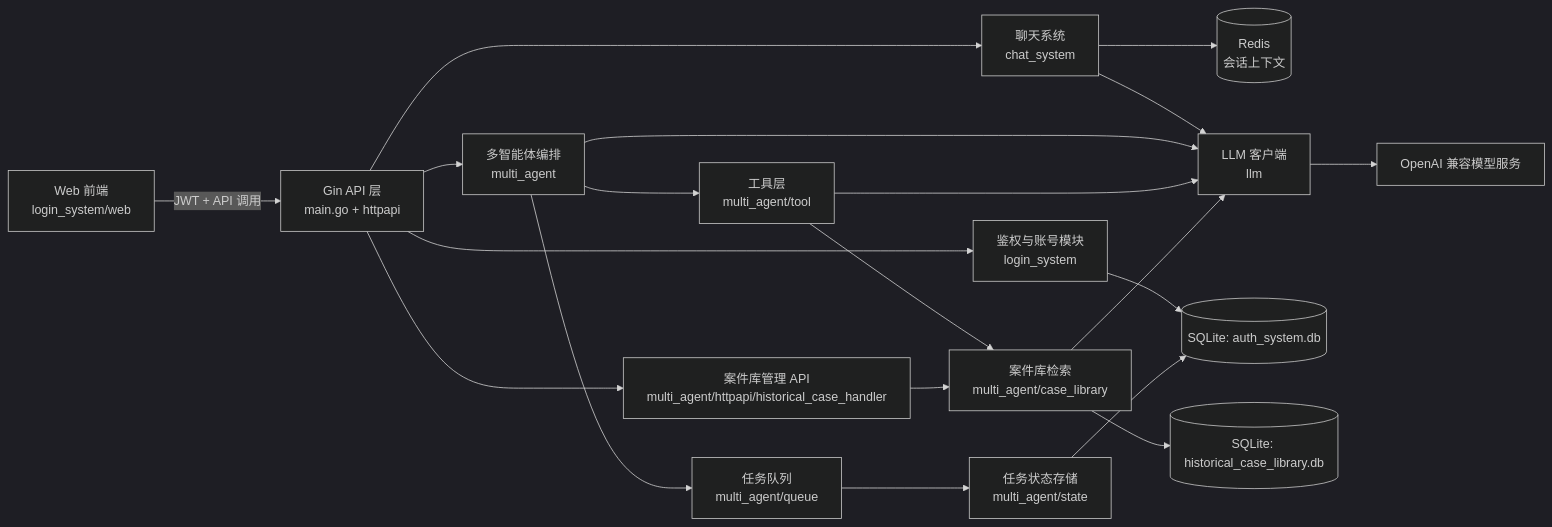
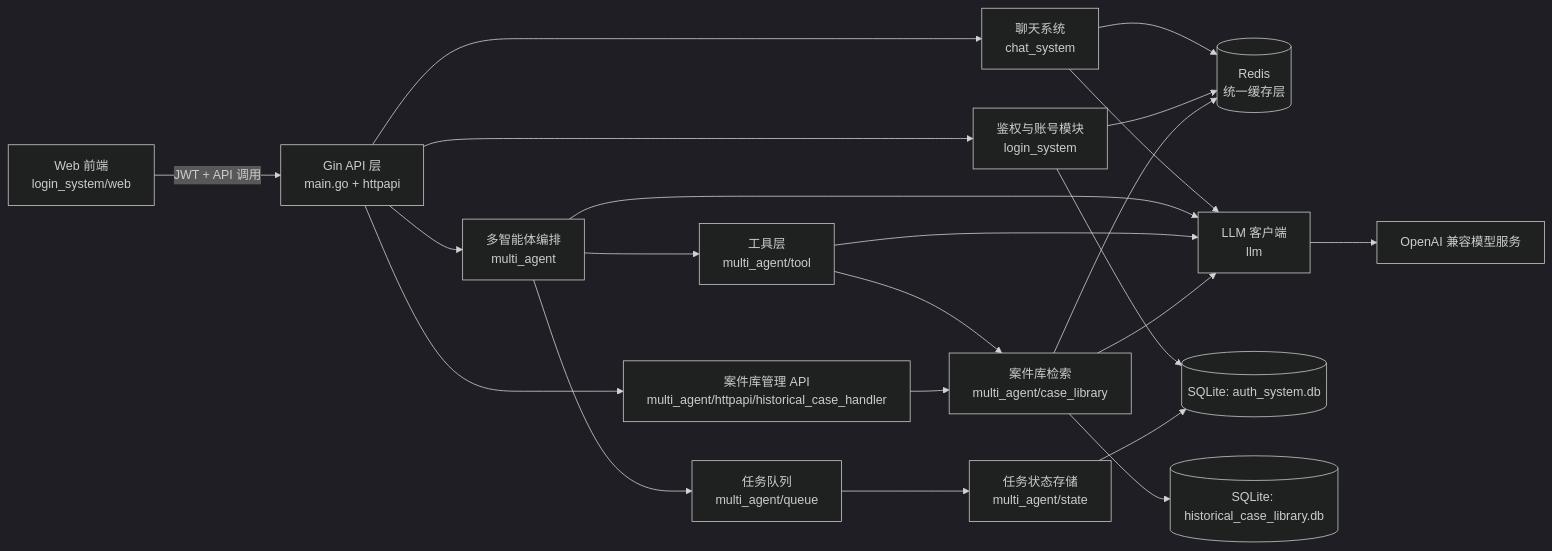
The first of 2 diagrams in README.md (Yyzfddsdf/AntiFraud-AI-Assistant), drawn with Mermaid (dark theme) before and after one commit. The commit also changed other lines of this file and 13 other files, not shown here.

````diff
--- a/README.md
+++ b/README.md
@@ -82,26 +94,28 @@
 ```mermaid
 flowchart LR
     U[Web 前端<br/>login_system/web] -->|JWT + API 调用| G[Gin API 层<br/>main.go + httpapi]
     G --> A[鉴权与账号模块<br/>login_system]
     G --> C[聊天系统<br/>chat_system]
     G --> M[多智能体编排<br/>multi_agent]
     G --> L[案件库管理 API<br/>multi_agent/httpapi/historical_case_handler]
 
-    C --> R[(Redis<br/>会话上下文)]
+    C --> R[(Redis<br/>统一缓存层)]
+    A --> R
     C --> O[LLM 客户端<br/>llm]
 
     M --> Q[任务队列<br/>multi_agent/queue]
     Q --> S[任务状态存储<br/>multi_agent/state]
     M --> T[工具层<br/>multi_agent/tool]
     T --> CL[案件库检索<br/>multi_agent/case_library]
     M --> O
     T --> O
     CL --> O
+    CL --> R
 
     A --> DB1[(SQLite: auth_system.db)]
     S --> DB1
     CL --> DB2[(SQLite: historical_case_library.db)]
     L --> CL
 
     O --> X[OpenAI 兼容模型服务]
 ```
````
